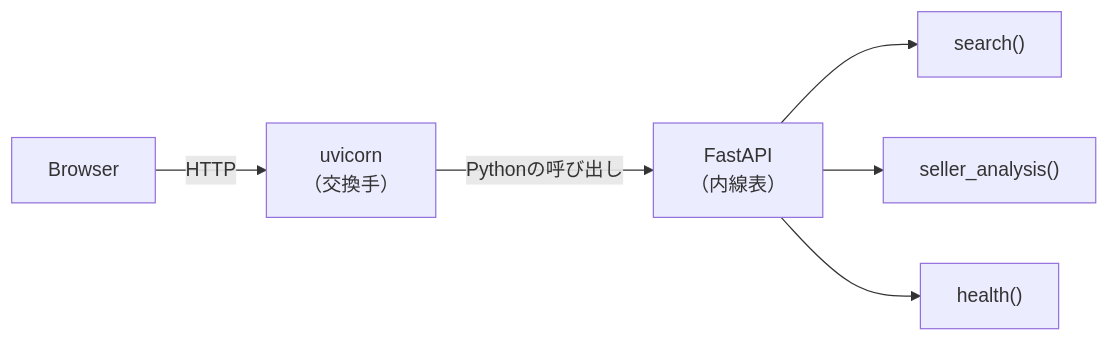
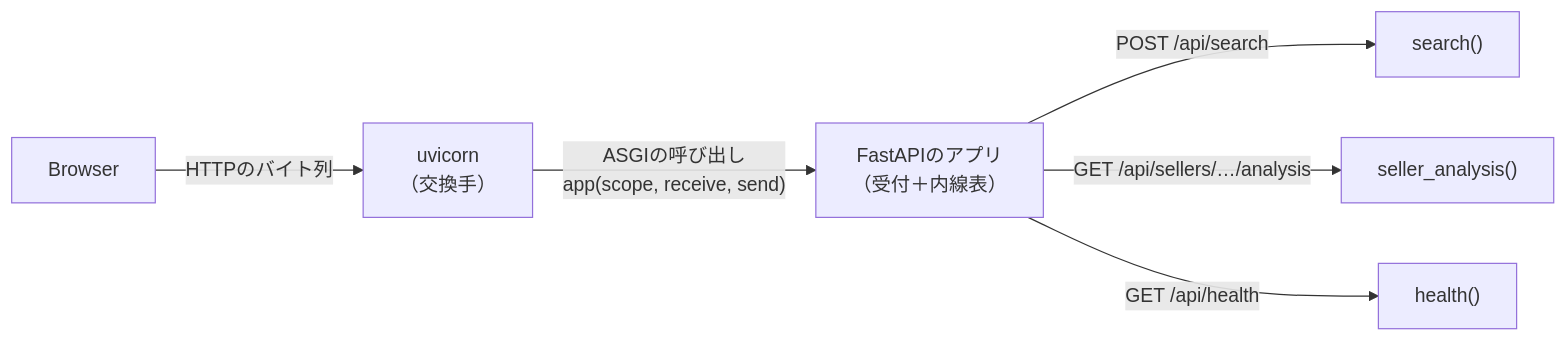
One commit to mgmaru/card-digger changed the first of 7 diagrams in docs/questions/2026-11-08-who-builds-the-screen.md. Above: the diagram before and after it, drawn with Mermaid. The commit also changed other lines of this file and 1 other file, not shown here.

````diff
--- a/docs/questions/2026-11-08-who-builds-the-screen.md
+++ b/docs/questions/2026-11-08-who-builds-the-screen.md
@@ -32,8 +34,8 @@
 ```mermaid
 flowchart LR
-    B["Browser"] -- "HTTP" --> U["uvicorn<br/>（交換手）"]
-    U -- "Pythonの呼び出し" --> F["FastAPI<br/>（内線表）"]
-    F --> S["search()"]
-    F --> A["seller_analysis()"]
-    F --> H["health()"]
+    B["Browser"] -- "HTTPのバイト列" --> U["uvicorn<br/>（交換手）"]
+    U -- "ASGIの呼び出し<br/>app(scope, receive, send)" --> F["FastAPIのアプリ<br/>（受付＋内線表）"]
+    F -- "POST /api/search" --> S["search()"]
+    F -- "GET /api/sellers/…/analysis" --> A["seller_analysis()"]
+    F -- "GET /api/health" --> H["health()"]
 ```
````
